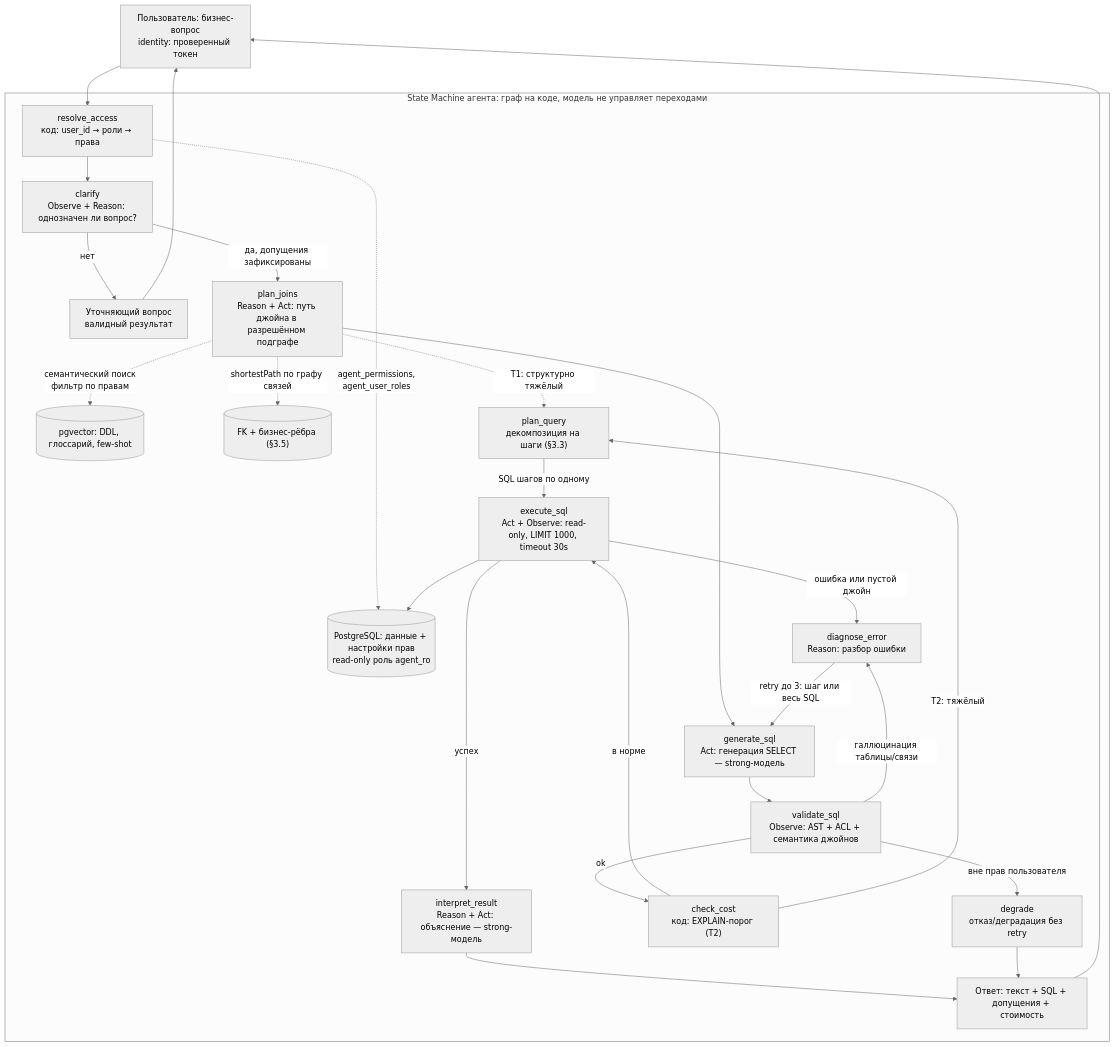
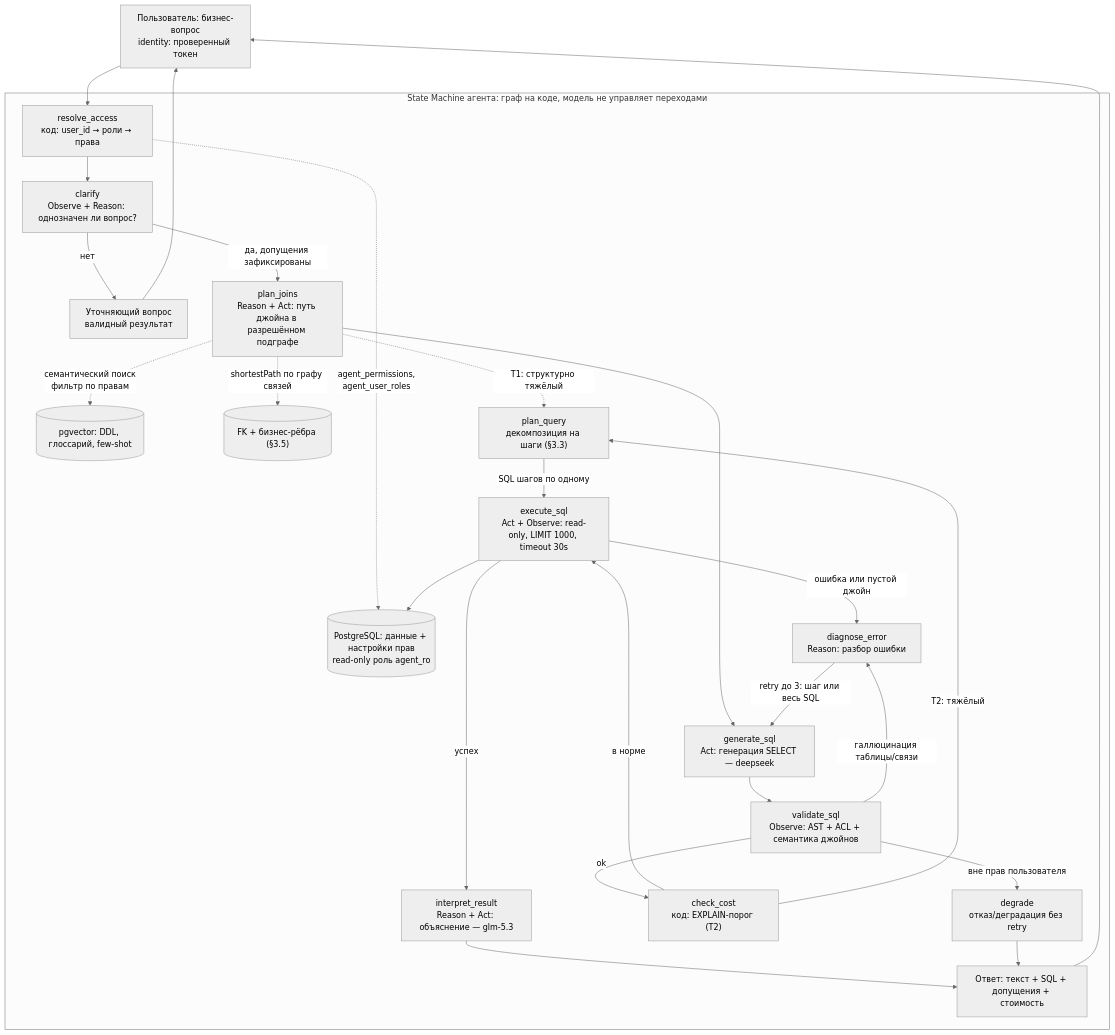
The first of 2 diagrams in hw-01/README.md (BinarySimple17/ai-agents), drawn with Mermaid (neutral theme) before and after one commit. The commit also changed other lines of this file, not shown here.

````diff
--- a/hw-01/README.md
+++ b/hw-01/README.md
@@ -121,31 +121,31 @@
 ```mermaid
 flowchart TD
     U["Пользователь: бизнес-вопрос<br>identity: проверенный токен"] --> RA
 
     subgraph SM["State Machine агента: граф на коде, модель не управляет переходами"]
         RA["resolve_access<br>код: user_id → роли → права"] --> CL["clarify<br>Observe + Reason: однозначен ли вопрос?"]
         RA -.->|"agent_permissions,<br>agent_user_roles"| DB
         CL -->|"нет"| ASK["Уточняющий вопрос<br>валидный результат"]
         CL -->|"да, допущения зафиксированы"| PJ["plan_joins<br>Reason + Act: путь джойна в разрешённом подграфе"]
         PJ -.->|"семантический поиск<br>фильтр по правам"| VS[("pgvector: DDL, глоссарий, few-shot")]
         PJ -.->|"shortestPath по графу связей"| AGE[("FK + бизнес-рёбра (§3.5)")]
         PJ -.->|"T1: структурно тяжёлый"| PQ["plan_query<br>декомпозиция на шаги (§3.3)"]
-        PJ --> GS["generate_sql<br>Act: генерация SELECT — strong-модель"]
+        PJ --> GS["generate_sql<br>Act: генерация SELECT — deepseek"]
         GS --> V["validate_sql<br>Observe: AST + ACL + семантика джойнов"]
         V -->|"галлюцинация таблицы/связи"| DG["diagnose_error<br>Reason: разбор ошибки"]
         V -->|"вне прав пользователя"| DENY["degrade<br>отказ/деградация без retry"]
         V -->|"ok"| CC["check_cost<br>код: EXPLAIN-порог (T2)"]
         CC -->|"в норме"| EX["execute_sql<br>Act + Observe: read-only, LIMIT 1000, timeout 30s"]
         CC -->|"T2: тяжёлый"| PQ
         PQ -->|"SQL шагов по одному"| EX
         EX -->|"ошибка или пустой джойн"| DG
         DG -->|"retry до 3: шаг или весь SQL"| GS
-        EX -->|"успех"| IR["interpret_result<br>Reason + Act: объяснение — strong-модель"]
+        EX -->|"успех"| IR["interpret_result<br>Reason + Act: объяснение — glm-5.3"]
         IR --> OUT["Ответ: текст + SQL + допущения + стоимость"]
         DENY --> OUT
     end
 
     EX --> DB[("PostgreSQL: данные + настройки прав<br>read-only роль agent_ro")]
     OUT --> U
     ASK --> U
 ```
````
